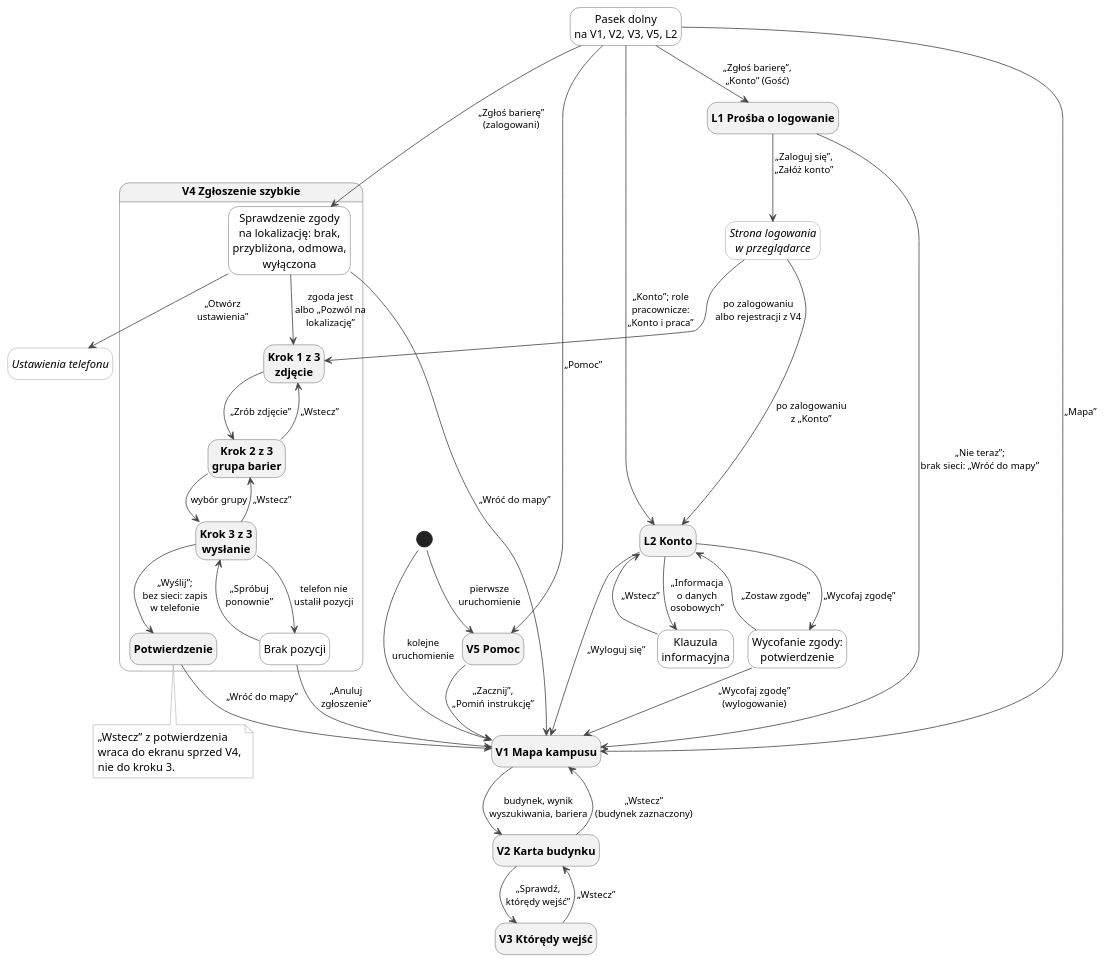
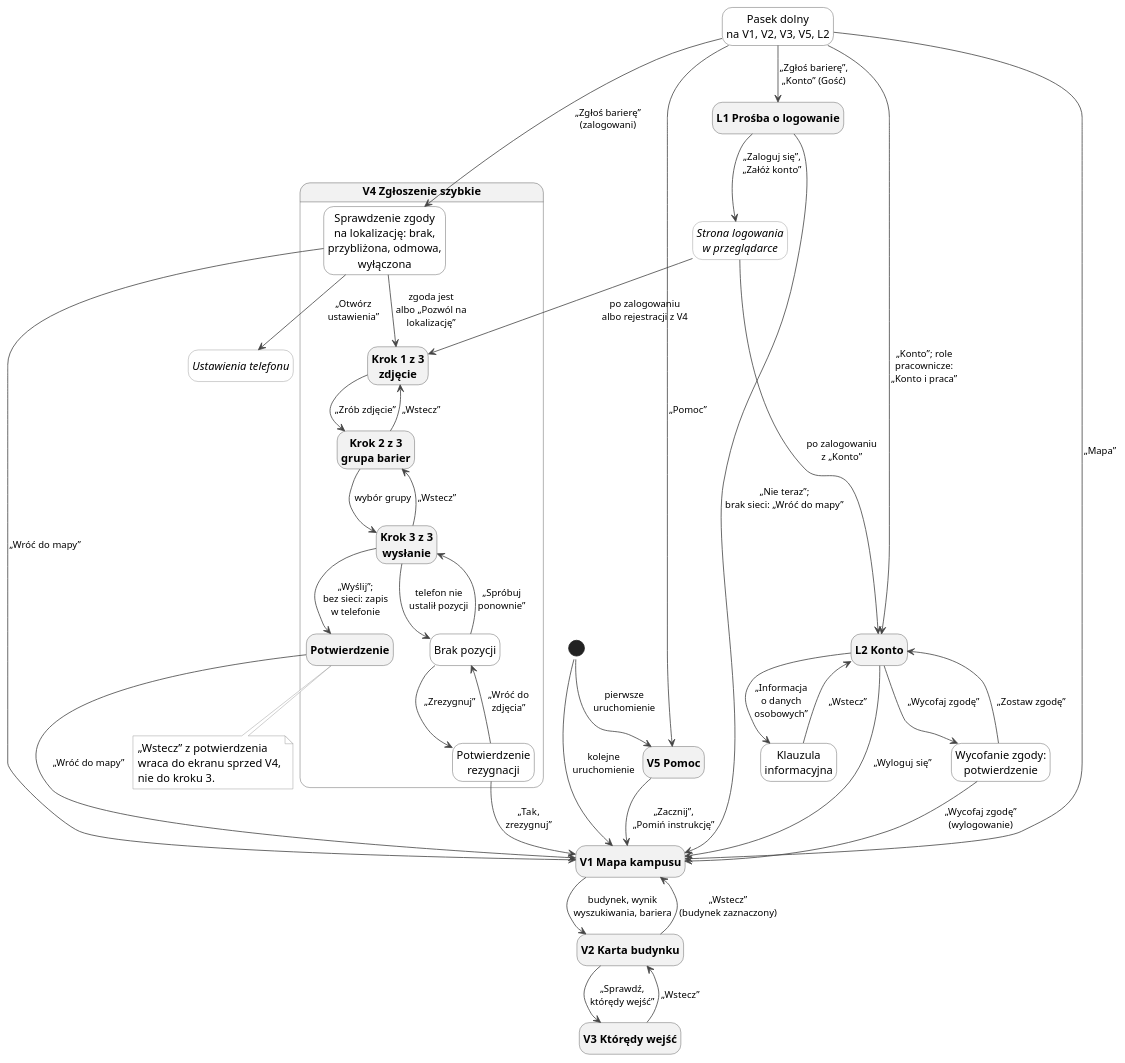
Before and after one commit to dostepny-kampus/dostepny-kampus: the diagram in docs/docs/ux/nawigacja-odwiedzajacy.puml, drawn with PlantUML. The commit also changed 3 other files, not shown here.

```diff
--- a/docs/docs/ux/nawigacja-odwiedzajacy.puml
+++ b/docs/docs/ux/nawigacja-odwiedzajacy.puml
@@ -1,92 +1,95 @@
 @startuml
 !pragma layout smetana
 hide empty description
 skinparam defaultFontSize 14
 skinparam ArrowColor #444444
 skinparam ArrowFontSize 12
 skinparam state {
   BackgroundColor #F2F2F2
   BorderColor #444444
   FontStyle bold
 }
 skinparam state<<poza>> {
   BackgroundColor #FFFFFF
   BorderColor #888888
   FontStyle italic
 }
 skinparam state<<stan>> {
   BackgroundColor #FFFFFF
   BorderColor #444444
   FontStyle normal
 }
 skinparam note {
   BackgroundColor #FFFFFF
   BorderColor #888888
 }
 
 state "V5 Pomoc" as V5
 state "V1 Mapa kampusu" as V1
 state "V2 Karta budynku" as V2
 state "V3 Którędy wejść" as V3
 state "Pasek dolny\nna V1, V2, V3, V5, L2" as PASEK <<stan>>
 state "L1 Prośba o logowanie" as L1
 state "L2 Konto" as L2
 state "Klauzula\ninformacyjna" as KL <<stan>>
 state "Wycofanie zgody:\npotwierdzenie" as WZ <<stan>>
 state "Strona logowania\nw przeglądarce" as WWW <<poza>>
 state "Ustawienia telefonu" as UST <<poza>>
 
 state "V4 Zgłoszenie szybkie" as V4 {
   state "Sprawdzenie zgody\nna lokalizację: brak,\nprzybliżona, odmowa,\nwyłączona" as ZG <<stan>>
   state "Krok 1 z 3\nzdjęcie" as K1
   state "Krok 2 z 3\ngrupa barier" as K2
   state "Krok 3 z 3\nwysłanie" as K3
   state "Brak pozycji" as BP <<stan>>
+  state "Potwierdzenie\nrezygnacji" as PR <<stan>>
   state "Potwierdzenie" as POT
 }
 
 [*] --> V5 : pierwsze\nuruchomienie
 [*] --> V1 : kolejne\nuruchomienie
 V5 --> V1 : „Zacznij”,\n„Pomiń instrukcję”
 V1 --> V2 : budynek, wynik\nwyszukiwania, bariera
 V2 --> V1 : „Wstecz”\n(budynek zaznaczony)
 V2 --> V3 : „Sprawdź,\nktórędy wejść”
 V3 --> V2 : „Wstecz”
 
 PASEK --> V1 : „Mapa”
 PASEK --> V5 : „Pomoc”
 PASEK --> ZG : „Zgłoś barierę”\n(zalogowani)
 PASEK --> L1 : „Zgłoś barierę”,\n„Konto” (Gość)
 PASEK --> L2 : „Konto”; role\npracownicze:\n„Konto i praca”
 
 ZG --> K1 : zgoda jest\nalbo „Pozwól na\nlokalizację”
 ZG --> UST : „Otwórz\nustawienia”
 ZG --> V1 : „Wróć do mapy”
 K1 --> K2 : „Zrób zdjęcie”
 K2 --> K3 : wybór grupy
 K2 --> K1 : „Wstecz”
 K3 --> K2 : „Wstecz”
 K3 --> POT : „Wyślij”;\nbez sieci: zapis\nw telefonie
 K3 --> BP : telefon nie\nustalił pozycji
 BP --> K3 : „Spróbuj\nponownie”
-BP --> V1 : „Anuluj\nzgłoszenie”
+BP --> PR : „Zrezygnuj”
+PR --> BP : „Wróć do\nzdjęcia”
+PR --> V1 : „Tak,\nzrezygnuj”
 POT --> V1 : „Wróć do mapy”
 
 L1 --> WWW : „Zaloguj się”,\n„Załóż konto”
 WWW --> K1 : po zalogowaniu\nalbo rejestracji z V4
 WWW --> L2 : po zalogowaniu\nz „Konto”
 L1 --> V1 : „Nie teraz”;\nbrak sieci: „Wróć do mapy”
 
 L2 --> V1 : „Wyloguj się”
 L2 --> WZ : „Wycofaj zgodę”
 WZ --> L2 : „Zostaw zgodę”
 WZ --> V1 : „Wycofaj zgodę”\n(wylogowanie)
 L2 --> KL : „Informacja\no danych\nosobowych”
 KL --> L2 : „Wstecz”
 
 note bottom of POT
   „Wstecz” z potwierdzenia
   wraca do ekranu sprzed V4,
   nie do kroku 3.
 end note
 @enduml
```
